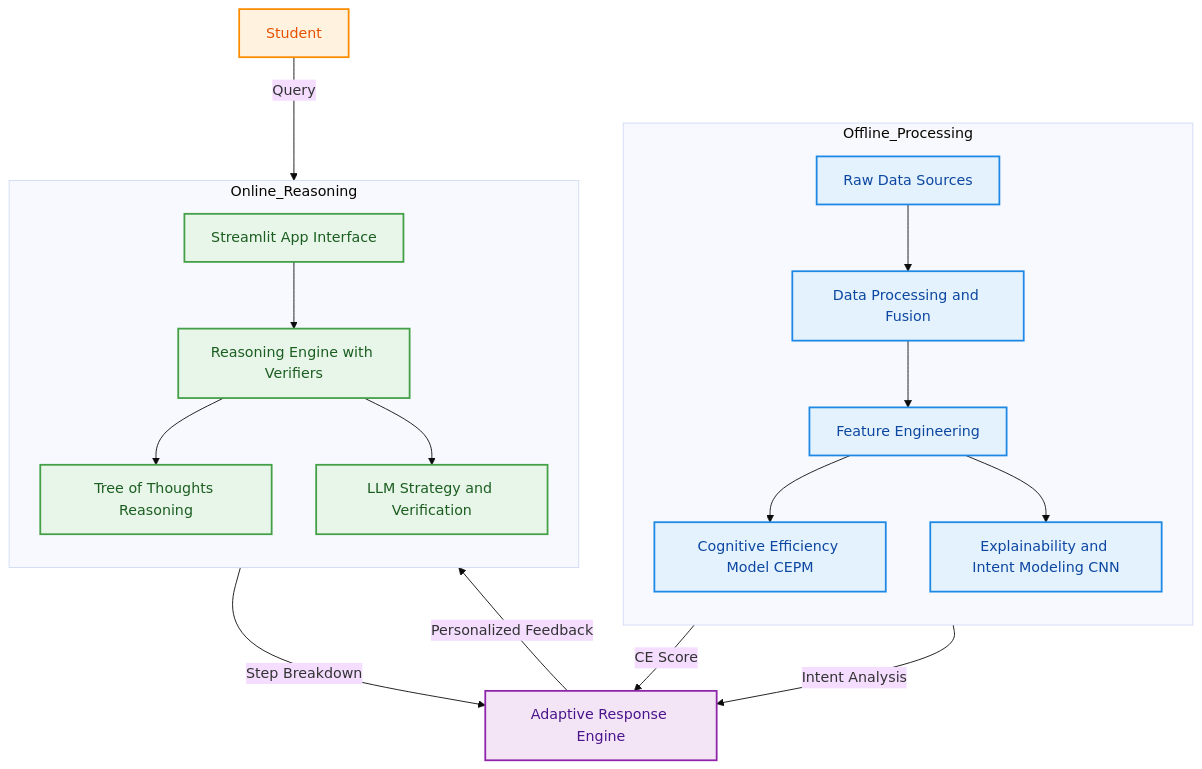
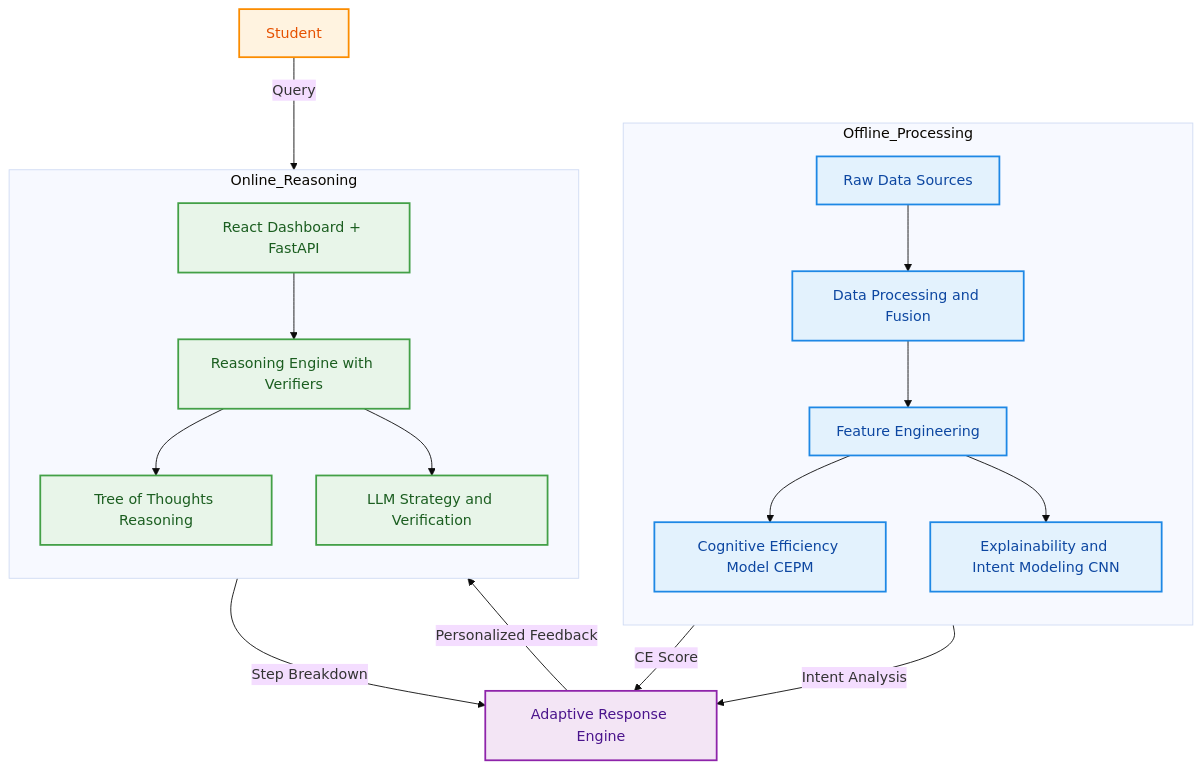
Before and after one commit to Wolfie8935/CERAS-Cognitive-Efficiency-Reasoning-Alignment-System: the diagram in README.md, drawn with Mermaid (base theme). The commit also changed other lines of this file, not shown here.

````diff
--- a/README.md
+++ b/README.md
@@ -20,66 +21,66 @@
 ```mermaid
 graph TD
 
 %% =========================
 %% OFFLINE PROCESSING PANEL
 %% =========================
 subgraph Offline_Processing
     direction TB
     Raw[Raw Data Sources]
     Process[Data Processing and Fusion]
     Feature[Feature Engineering]
     CEPM[Cognitive Efficiency Model CEPM]
     CNN[Explainability and Intent Modeling CNN]
 
     Raw --> Process
     Process --> Feature
     Feature --> CEPM
     Feature --> CNN
 end
 
 %% =========================
 %% ADAPTIVE ENGINE
 %% =========================
 Adaptive[Adaptive Response Engine]
 
 CEPM -->|CE Score| Adaptive
 CNN -->|Intent Analysis| Adaptive
 
 %% =========================
 %% STUDENT INTERACTION
 %% =========================
 Student[Student]
-Student -->|Query| UI[Streamlit App Interface]
+Student -->|Query| UI[React Dashboard + FastAPI]
 
 %% =========================
 %% ONLINE REASONING PANEL
 %% =========================
 subgraph Online_Reasoning
     direction TB
     UI
     Reasoning[Reasoning Engine with Verifiers]
     ToT[Tree of Thoughts Reasoning]
     LLM[LLM Strategy and Verification]
 
     UI --> Reasoning
     Reasoning --> ToT
     Reasoning --> LLM
 end
 
 ToT -->|Step Breakdown| Adaptive
 Adaptive -->|Personalized Feedback| UI
 
 %% =========================
 %% STYLING
 %% =========================
 
 classDef offline fill:#E3F2FD,stroke:#1E88E5,stroke-width:2px,color:#0D47A1;
 classDef online fill:#E8F5E9,stroke:#43A047,stroke-width:2px,color:#1B5E20;
 classDef adaptive fill:#F3E5F5,stroke:#8E24AA,stroke-width:2px,color:#4A148C;
 classDef student fill:#FFF3E0,stroke:#FB8C00,stroke-width:2px,color:#E65100;
 
 class Raw,Process,Feature,CEPM,CNN offline;
 class UI,Reasoning,ToT,LLM online;
 class Adaptive adaptive;
 class Student student;
 ```
````
